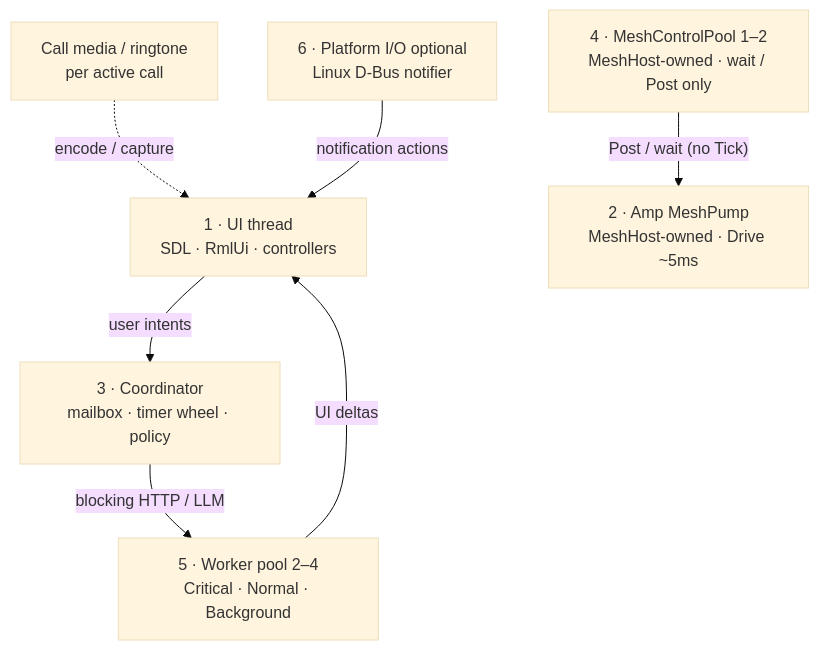
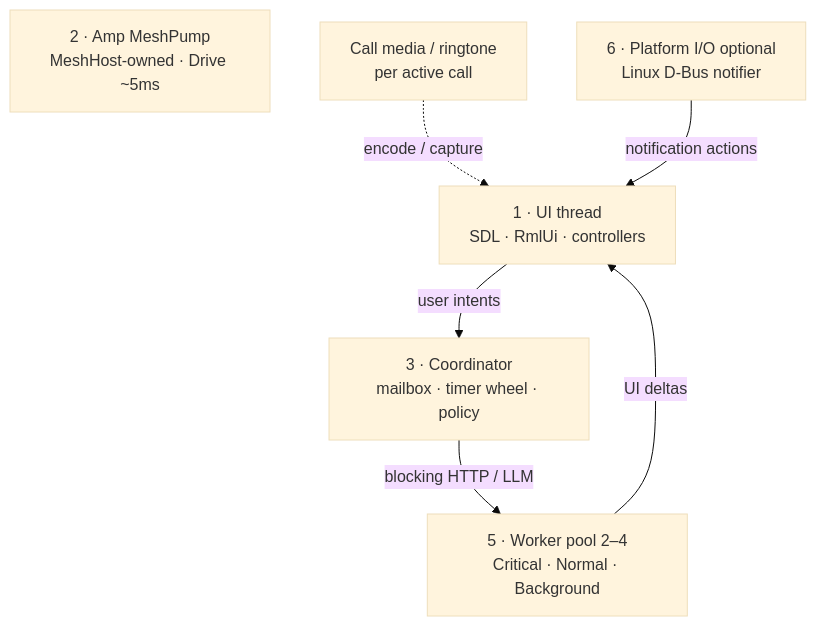
One commit to people-post/pp-browser changed the diagram in docs/architecture/THREADING.md. Above: the diagram before and after it, drawn with Mermaid (base theme). The commit also changed other lines of this file and 50 other files, not shown here.

````diff
--- a/docs/architecture/THREADING.md
+++ b/docs/architecture/THREADING.md
@@ -27,17 +27,15 @@
 ```mermaid
 flowchart TB
   UI["1 · UI thread<br/>SDL · RmlUi · controllers"]
   Pump["2 · Amp MeshPump<br/>MeshHost-owned · Drive ~5ms"]
   Coord["3 · Coordinator<br/>mailbox · timer wheel · policy"]
-  Ctrl["4 · MeshControlPool 1–2<br/>MeshHost-owned · wait / Post only"]
   Pool["5 · Worker pool 2–4<br/>Critical · Normal · Background"]
   Plat["6 · Platform I/O optional<br/>Linux D-Bus notifier"]
   Media["Call media / ringtone<br/>per active call"]
 
   UI -->|"user intents"| Coord
   Coord -->|"blocking HTTP / LLM"| Pool
-  Ctrl -->|"Post / wait (no Tick)"| Pump
   Pool -->|"UI deltas"| UI
   Media -.->|"encode / capture"| UI
   Plat -->|"notification actions"| UI
 ```
````
